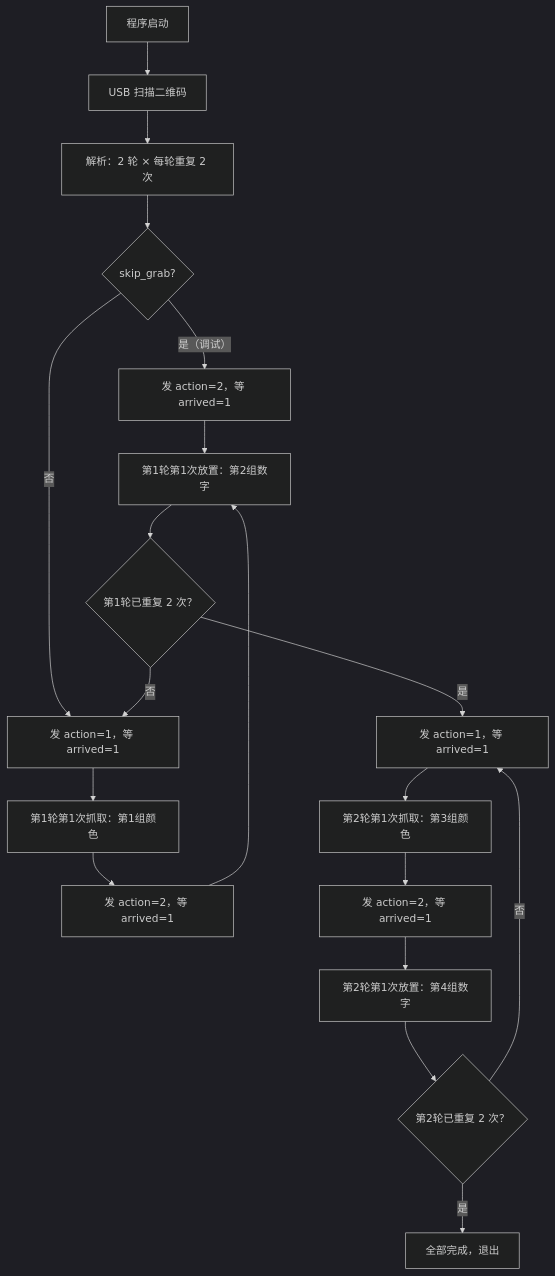
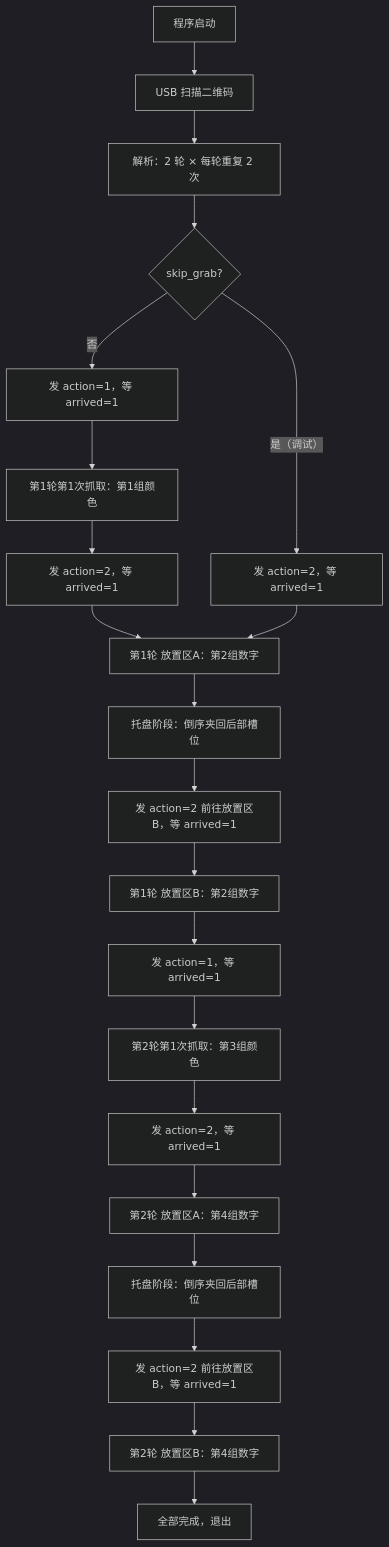
The first of 2 diagrams in README.md (MFWTW/Engineering-Training-Competition), drawn with Mermaid (dark theme) before and after one commit. The commit also changed other lines of this file and 13 other files, not shown here.

````diff
--- a/README.md
+++ b/README.md
@@ -160,21 +170,23 @@
 ```mermaid
 flowchart TD
     START["程序启动"] --> QR["USB 扫描二维码"]
     QR --> PARSE["解析：2 轮 × 每轮重复 2 次"]
     PARSE --> SKIP{"skip_grab?"}
     SKIP -- "是（调试）" --> GO_PLACE1["发 action=2，等 arrived=1"]
     SKIP -- "否" --> GO_GRAB1["发 action=1，等 arrived=1"]
     GO_GRAB1 --> GRAB1["第1轮第1次抓取：第1组颜色"]
     GRAB1 --> GO_PLACE["发 action=2，等 arrived=1"]
-    GO_PLACE --> PLACE1["第1轮第1次放置：第2组数字"]
+    GO_PLACE --> PLACE1["第1轮 放置区A：第2组数字"]
     GO_PLACE1 --> PLACE1
-    PLACE1 --> REP1{"第1轮已重复 2 次？"}
-    REP1 -- "否" --> GO_GRAB1
-    REP1 -- "是" --> GO_GRAB2["发 action=1，等 arrived=1"]
+    PLACE1 --> TRAY1["托盘阶段：倒序夹回后部槽位"]
+    TRAY1 --> GO_PLACE2["发 action=2 前往放置区B，等 arrived=1"]
+    GO_PLACE2 --> PLACE2["第1轮 放置区B：第2组数字"]
+    PLACE2 --> GO_GRAB2["发 action=1，等 arrived=1"]
     GO_GRAB2 --> GRAB2["第2轮第1次抓取：第3组颜色"]
-    GRAB2 --> GO_PLACE2["发 action=2，等 arrived=1"]
-    GO_PLACE2 --> PLACE2["第2轮第1次放置：第4组数字"]
-    PLACE2 --> REP2{"第2轮已重复 2 次？"}
-    REP2 -- "否" --> GO_GRAB2
-    REP2 -- "是" --> DONE["全部完成，退出"]
+    GRAB2 --> GO_PLACE3["发 action=2，等 arrived=1"]
+    GO_PLACE3 --> PLACE3["第2轮 放置区A：第4组数字"]
+    PLACE3 --> TRAY2["托盘阶段：倒序夹回后部槽位"]
+    TRAY2 --> GO_PLACE4["发 action=2 前往放置区B，等 arrived=1"]
+    GO_PLACE4 --> PLACE4["第2轮 放置区B：第4组数字"]
+    PLACE4 --> DONE["全部完成，退出"]
 ```
````
